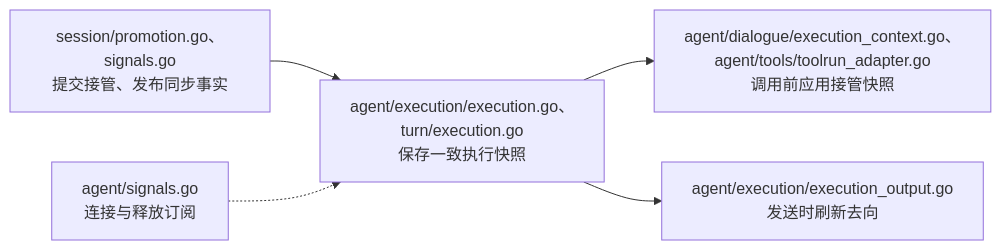
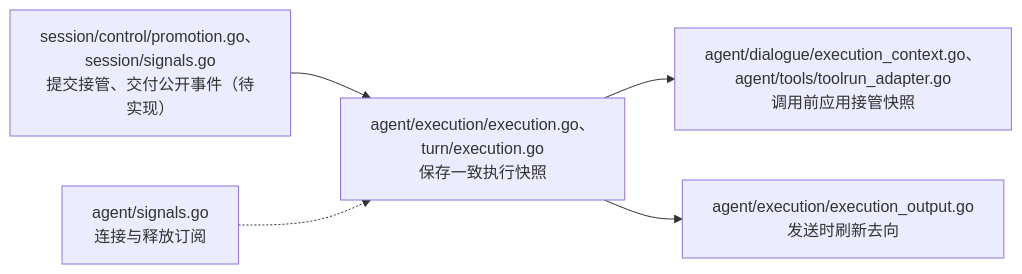
Diagram 14 of 15 in devdocs/architecture.md (Elflare/elbot), drawn with Mermaid before and after one commit. The commit also changed other lines of this file and 120 other files, not shown here.

````diff
--- a/devdocs/architecture.md
+++ b/devdocs/architecture.md
@@ -543,7 +545,7 @@
 ```mermaid
 flowchart LR
-    S["session/promotion.go、signals.go<br/>提交接管、发布同步事实"] --> E["agent/execution/execution.go、turn/execution.go<br/>保存一致执行快照"]
+    S["session/control/promotion.go、session/signals.go<br/>提交接管、交付公开事件（待实现）"] --> E["agent/execution/execution.go、turn/execution.go<br/>保存一致执行快照"]
     W["agent/signals.go<br/>连接与释放订阅"] -.-> E
     E --> T["agent/dialogue/execution_context.go、agent/tools/toolrun_adapter.go<br/>调用前应用接管快照"]
     E --> O["agent/execution/execution_output.go<br/>发送时刷新去向"]
 ```
````
